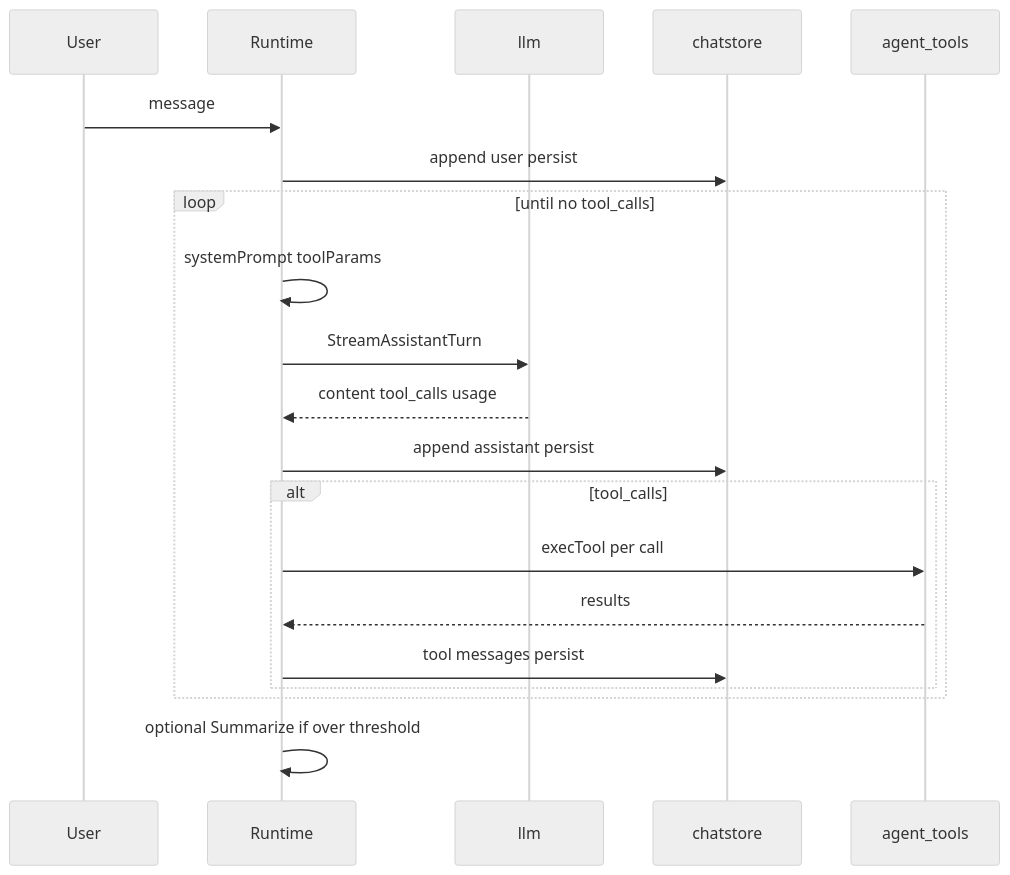
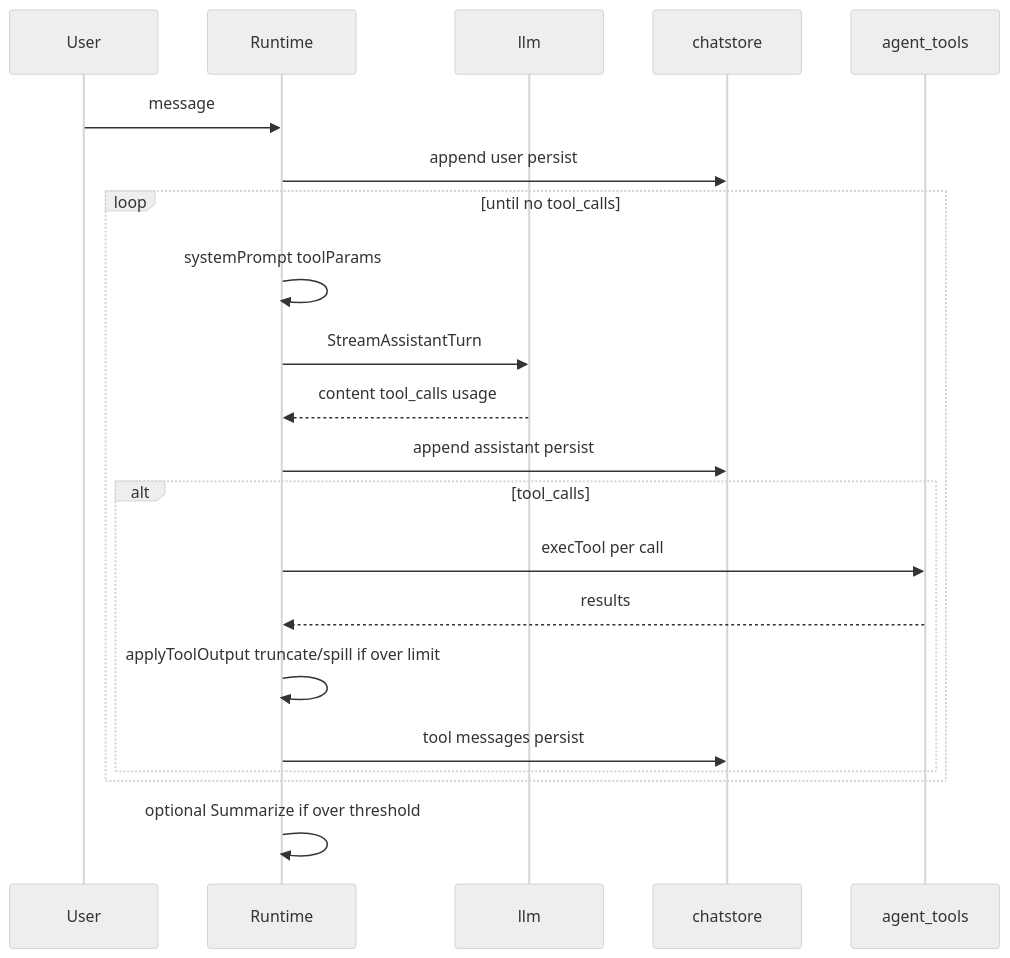
Before and after one commit to SAPPHIR3-ROS3/Solomon: the diagram in docs/architecture/agent-turn-pipeline.md, drawn with Mermaid (neutral theme). The commit also changed other lines of this file and 24 other files, not shown here.

First line of the commit message:
Add centralized tool output truncation with spill files and multi-instance cleanup.

````diff
--- a/docs/architecture/agent-turn-pipeline.md
+++ b/docs/architecture/agent-turn-pipeline.md
@@ -34,23 +36,24 @@
 ```mermaid
 sequenceDiagram
   participant User
   participant RT as Runtime
   participant LLM as llm
   participant Store as chatstore
   participant Tools as agent_tools
 
   User->>RT: message
   RT->>Store: append user persist
   loop until no tool_calls
     RT->>RT: systemPrompt toolParams
     RT->>LLM: StreamAssistantTurn
     LLM-->>RT: content tool_calls usage
     RT->>Store: append assistant persist
     alt tool_calls
       RT->>Tools: execTool per call
       Tools-->>RT: results
+      RT->>RT: applyToolOutput truncate/spill if over limit
       RT->>Store: tool messages persist
     end
   end
   RT->>RT: optional Summarize if over threshold
 ```
````
